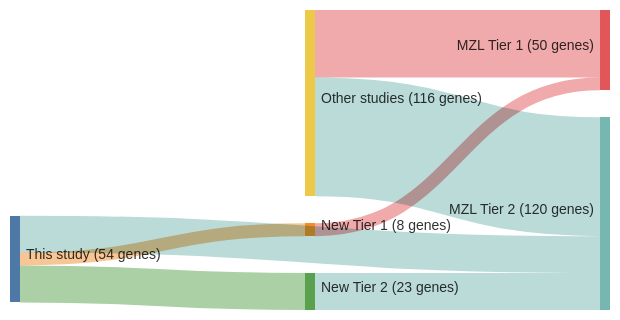
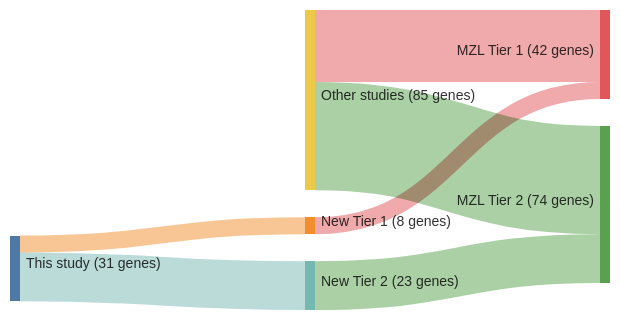
Before and after one commit to morinlab/lymphopedia: the diagram in papers/spinaGeneticsNodalMarginal2016b.md, drawn with Mermaid. The commit also changed 81 other files, not shown here.

````diff
--- a/papers/spinaGeneticsNodalMarginal2016b.md
+++ b/papers/spinaGeneticsNodalMarginal2016b.md
@@ -12,21 +12,20 @@
 ```mermaid
 ---
 config:
     sankey:
         showValues: true
         linkColor: target
         width: 600
         height: 300
         nodeAlignment: right
         prefix: '('
         suffix: ' genes)'
 ---
 sankey-beta
 This study, New Tier 1, 8
 New Tier 1, MZL Tier 1, 8
-This study, MZL Tier 2, 23
 This study, New Tier 2, 23
 New Tier 2, MZL Tier 2, 23
-Other studies, MZL Tier 1, 42
-Other studies, MZL Tier 2, 74
+Other studies, MZL Tier 1, 34
+Other studies, MZL Tier 2, 51
 ```
````
